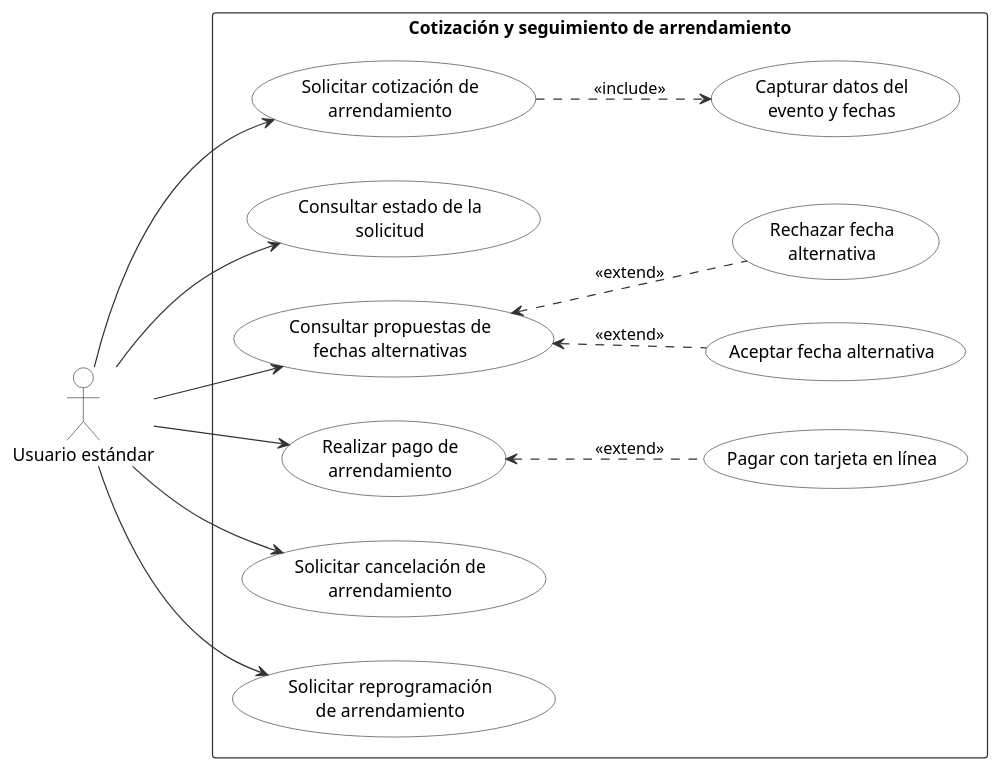
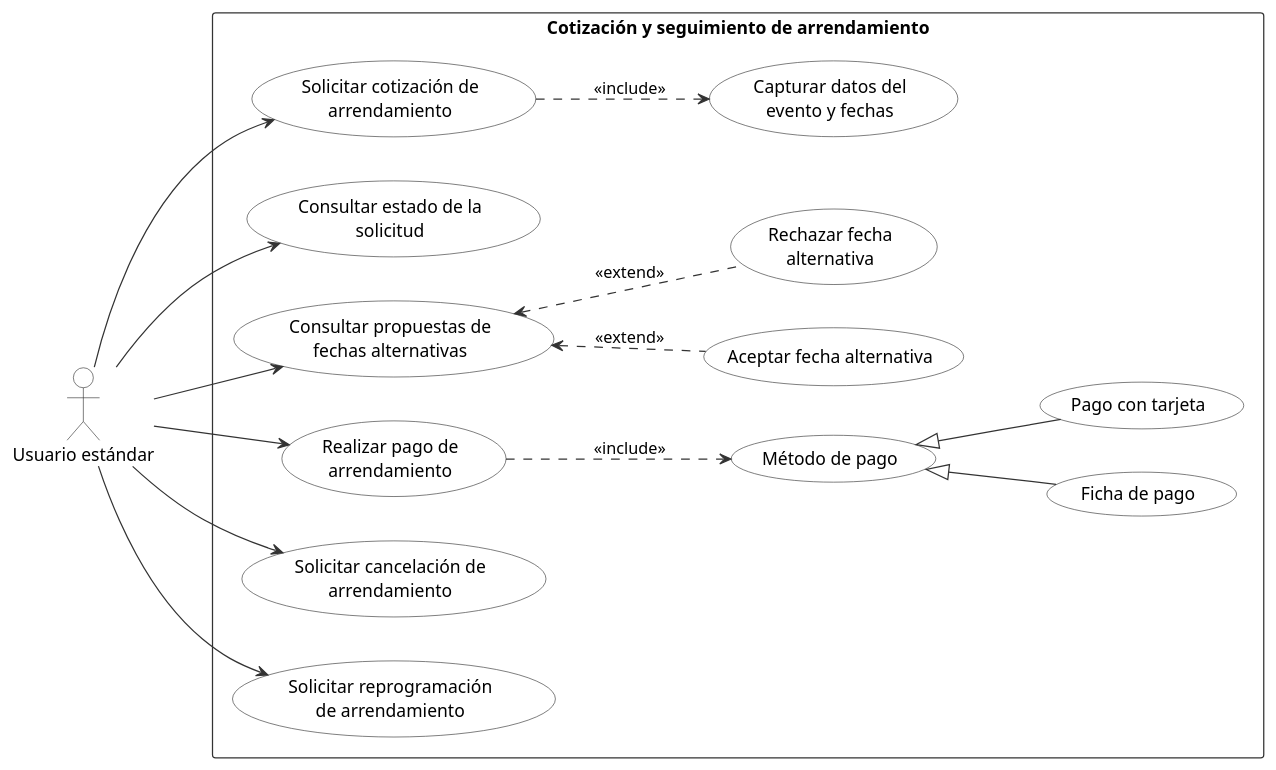
The diagram in docs/diagramas-uml/diagramas-de-caso-uso/04_arrendamiento_usuario.puml (AntonioVargas97/Teatro), drawn with PlantUML before and after one commit. The commit also changed 9 other files, not shown here.

First line of the commit message:
docs(uml): refine use case diagrams and add internal accounts

```diff
--- a/docs/diagramas-uml/diagramas-de-caso-uso/04_arrendamiento_usuario.puml
+++ b/docs/diagramas-uml/diagramas-de-caso-uso/04_arrendamiento_usuario.puml
@@ -1,42 +1,47 @@
 @startuml 04_arrendamiento_usuario
 skinparam shadowing false
 skinparam usecase {
   BackgroundColor #FFFFFF
   BorderColor #333333
 }
 skinparam actor {
   BackgroundColor #FFFFFF
   BorderColor #333333
 }
 skinparam rectangle {
   BackgroundColor #FFFFFF
   BorderColor #333333
 }
 skinparam ArrowColor #333333
 left to right direction
 actor "Usuario estándar" as U
 
 rectangle "Cotización y seguimiento de arrendamiento" {
   usecase "Solicitar cotización de\narrendamiento" as UC1
   usecase "Capturar datos del\nevento y fechas" as UC2
   usecase "Consultar estado de la\nsolicitud" as UC3
   usecase "Consultar propuestas de\nfechas alternativas" as UC4
   usecase "Aceptar fecha alternativa" as UC5
   usecase "Rechazar fecha\nalternativa" as UC6
   usecase "Realizar pago de\narrendamiento" as UC7
-  usecase "Pagar con tarjeta en línea" as UC8
-  usecase "Solicitar cancelación de\narrendamiento" as UC9
-  usecase "Solicitar reprogramación\nde arrendamiento" as UC10
+  usecase "Método de pago" as UC8
+  usecase "Ficha de pago" as UC9
+  usecase "Pago con tarjeta" as UC10
+  usecase "Solicitar cancelación de\narrendamiento" as UC11
+  usecase "Solicitar reprogramación\nde arrendamiento" as UC12
 }
 
 U --> UC1
 U --> UC3
 U --> UC4
 U --> UC7
-U --> UC9
-U --> UC10
+U --> UC11
+U --> UC12
+
 UC1 ..> UC2 : <<include>>
 UC4 <.. UC5 : <<extend>>
 UC4 <.. UC6 : <<extend>>
-UC7 <.. UC8 : <<extend>>
+UC7 ..> UC8 : <<include>>
+UC8 <|-- UC9
+UC8 <|-- UC10
 @enduml
```
